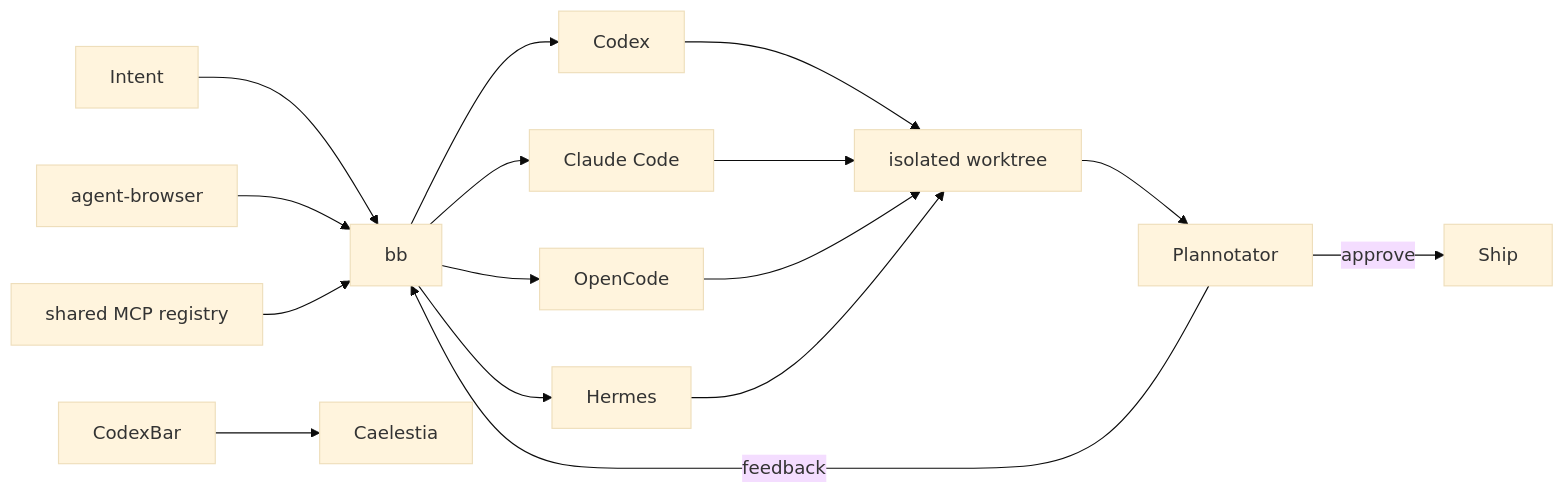
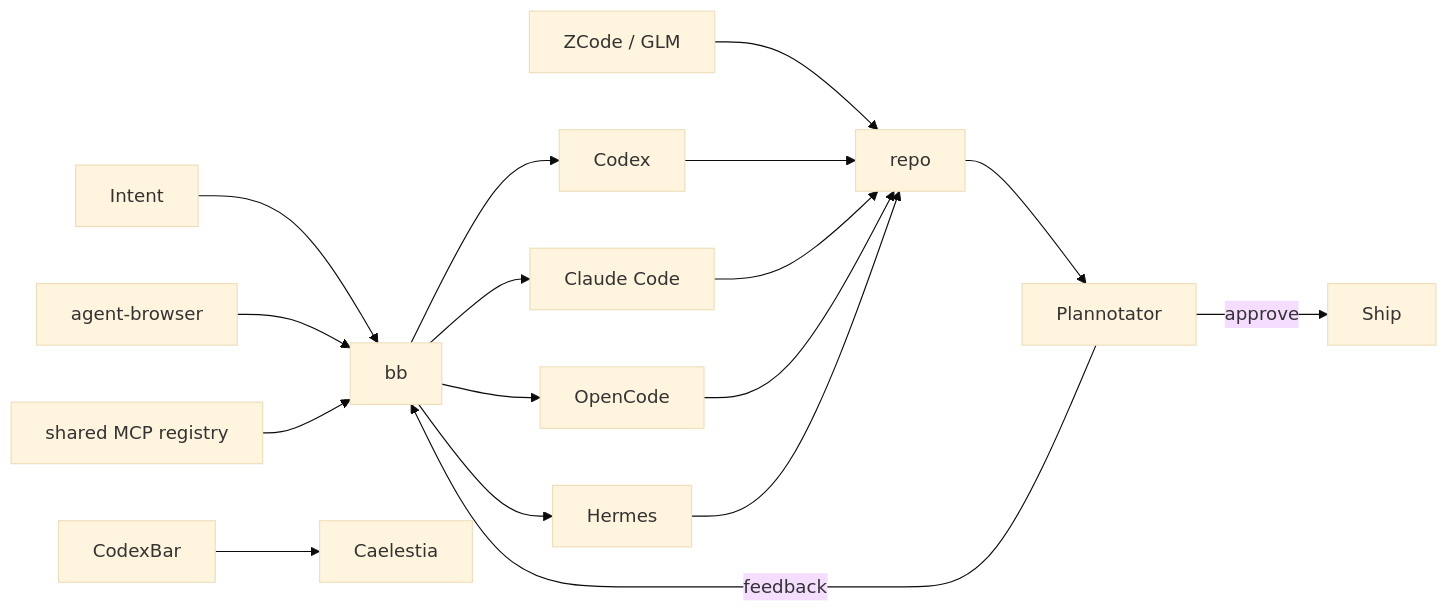
The diagram in README.md (OnurByte/nix-config), drawn with Mermaid (base theme) before and after one commit. The commit also changed other lines of this file and 13 other files, not shown here.

````diff
--- a/README.md
+++ b/README.md
@@ -47,21 +42,22 @@
 ```mermaid
 flowchart LR
     Intent[Intent] --> BB[bb]
     BB --> Codex[Codex]
     BB --> Claude[Claude Code]
     BB --> OpenCode[OpenCode]
     BB --> Hermes[Hermes]
+    GLM[ZCode / GLM] --> Work[repo]
 
-    Codex --> Work[isolated worktree]
+    Codex --> Work
     Claude --> Work
     OpenCode --> Work
     Hermes --> Work
 
     Work --> Review[Plannotator]
     Review -->|approve| Ship[Ship]
     Review -->|feedback| BB
 
     Browser[agent-browser] --> BB
     MCP[shared MCP registry] --> BB
     Usage[CodexBar] --> Shell[Caelestia]
 ```
````
